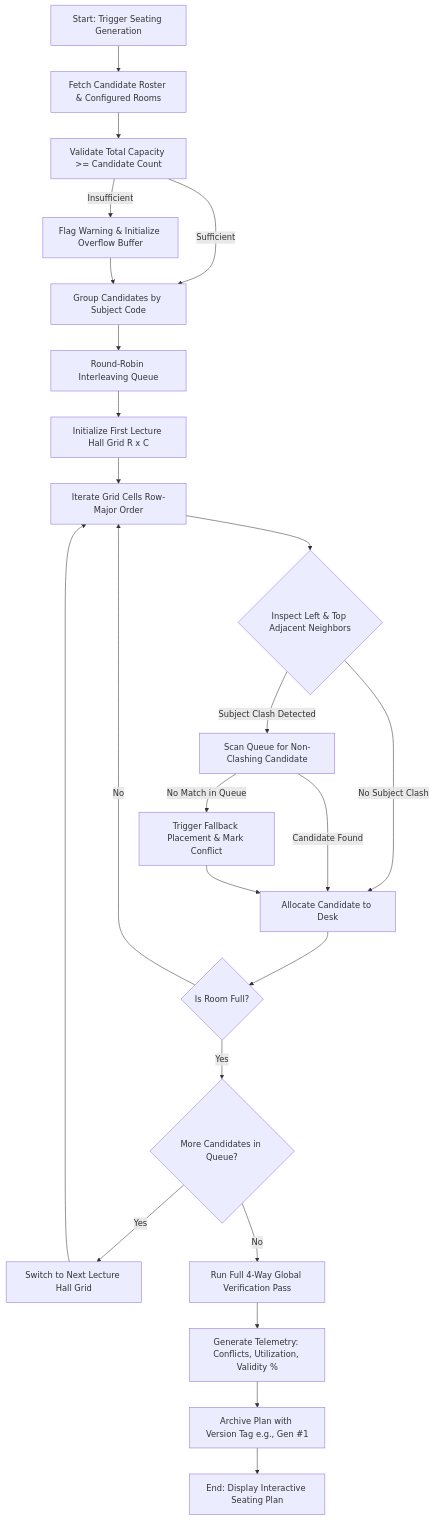
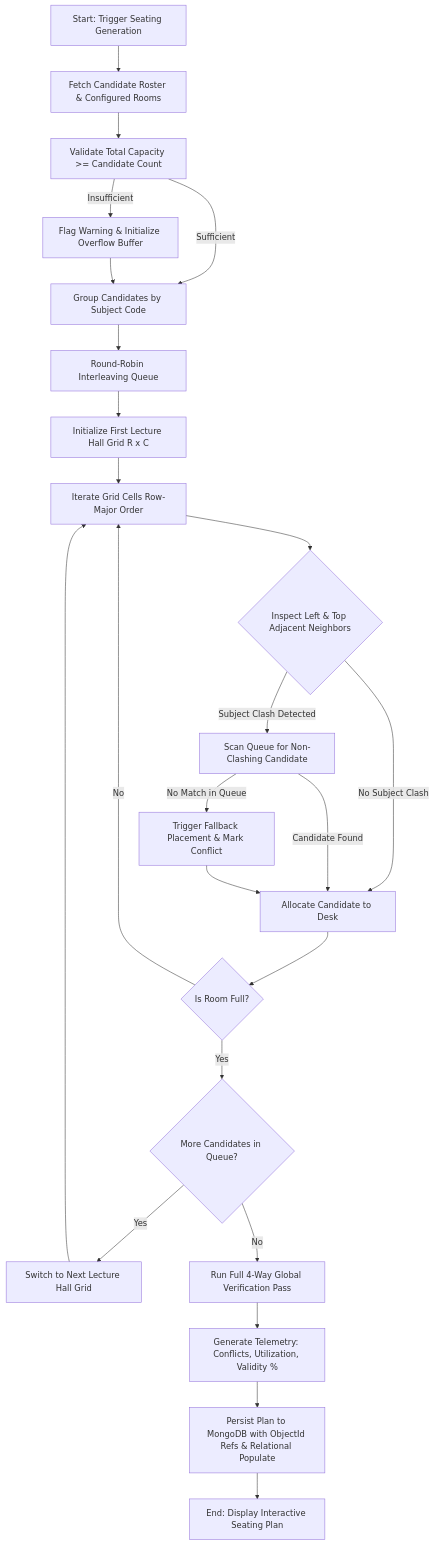
The second of 3 diagrams in README.md (Harnoorkaur06/Seatwise), drawn with Mermaid before and after one commit. The commit also changed other lines of this file, not shown here.

Commit message:
docs: update README for full-stack v2.0.0 architecture

````diff
--- a/README.md
+++ b/README.md
@@ -101,33 +140,33 @@
 ```mermaid
 graph TD
     A[Start: Trigger Seating Generation] --> B[Fetch Candidate Roster & Configured Rooms]
     B --> C[Validate Total Capacity >= Candidate Count]
     C -- Insufficient --> D[Flag Warning & Initialize Overflow Buffer]
     C -- Sufficient --> E[Group Candidates by Subject Code]
     D --> E
     
     E --> F[Round-Robin Interleaving Queue]
     F --> G[Initialize First Lecture Hall Grid R x C]
     
     G --> H[Iterate Grid Cells Row-Major Order]
     H --> I{Inspect Left & Top Adjacent Neighbors}
     
     I -- No Subject Clash --> J[Allocate Candidate to Desk]
     I -- Subject Clash Detected --> K[Scan Queue for Non-Clashing Candidate]
     
     K -- Candidate Found --> J
     K -- No Match in Queue --> L[Trigger Fallback Placement & Mark Conflict]
     L --> J
     
     J --> M{Is Room Full?}
     M -- No --> H
     M -- Yes --> N{More Candidates in Queue?}
     
     N -- Yes --> O[Switch to Next Lecture Hall Grid]
     O --> H
     N -- No --> P[Run Full 4-Way Global Verification Pass]
     
     P --> Q[Generate Telemetry: Conflicts, Utilization, Validity %]
-    Q --> R[Archive Plan with Version Tag e.g., Gen #1]
+    Q --> R[Persist Plan to MongoDB with ObjectId Refs & Relational Populate]
     R --> S[End: Display Interactive Seating Plan]
 ```
````
